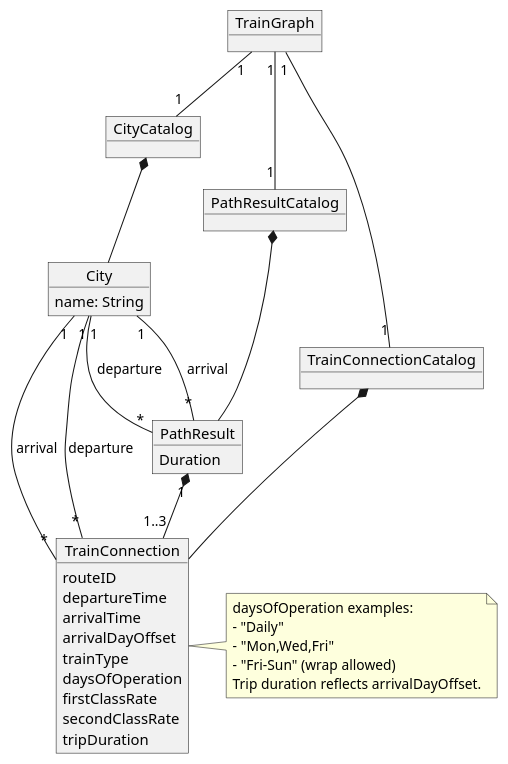
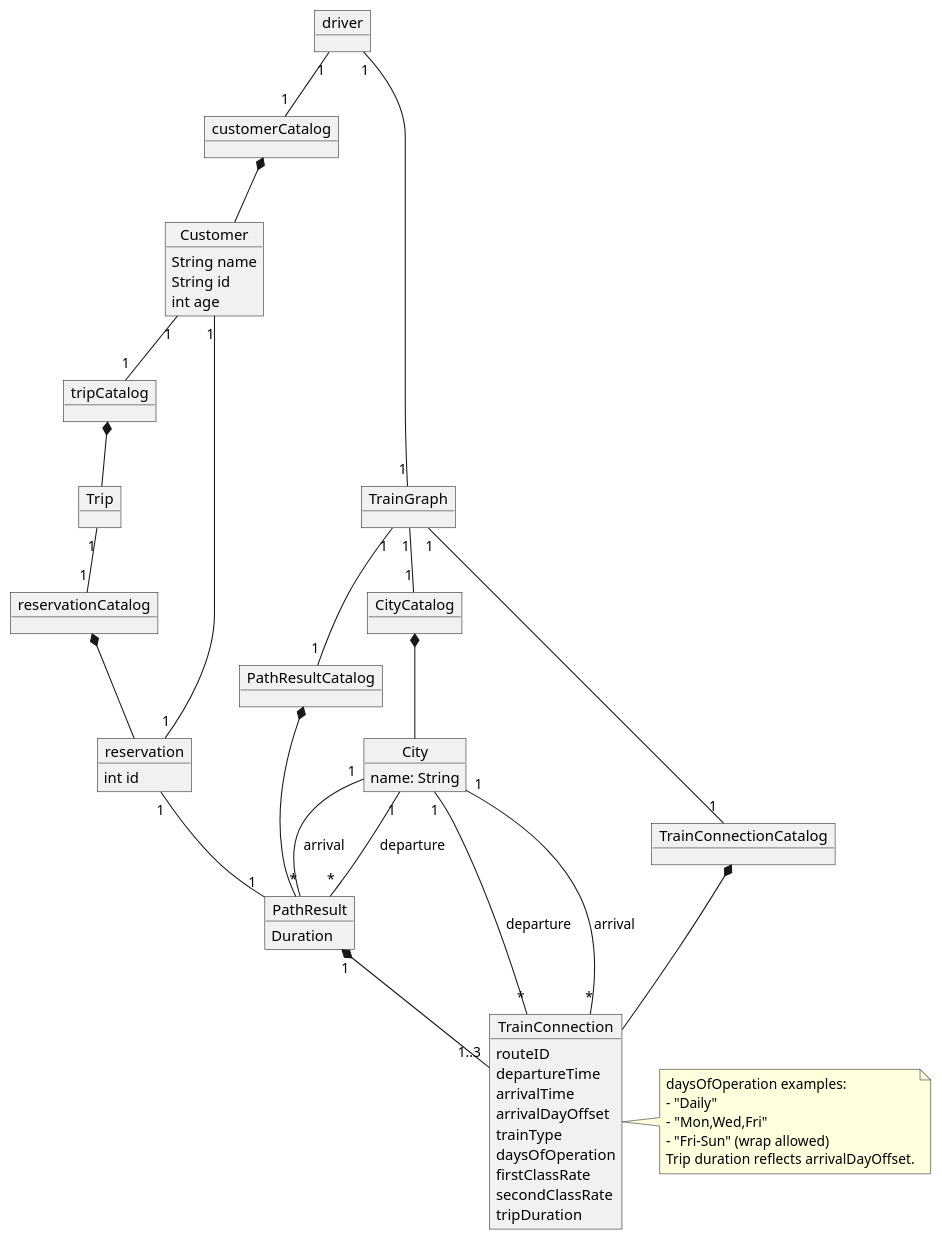
The diagram in Iteration_2/docs/UMLs/domainModel.puml (SamuelVachon/SOEN342), drawn with PlantUML before and after one commit. The commit also changed 3 other files, not shown here.

```diff
--- a/Iteration_2/docs/UMLs/domainModel.puml
+++ b/Iteration_2/docs/UMLs/domainModel.puml
@@ -1,61 +1,101 @@
 @startuml domain model
 skinparam classAttributeIconSize 0
 
 object City {
   name: String
 }
 
 object CityCatalog{
 
 }
 
 object TrainConnectionCatalog{
 
 }
 
 object TrainConnection {
   routeID
   departureTime
   arrivalTime
   arrivalDayOffset
   trainType
   daysOfOperation
   firstClassRate
   secondClassRate
   tripDuration
 }
 
 
 object TrainGraph {
 
 }
 
 object PathResultCatalog{
 
 }
 
 object PathResult {
   Duration
 }
 
+object customerCatalog{
+
+}
+
+object Customer{
+  String name
+  String id
+  int age
+}
+
+object tripCatalog{
+
+}
+
+object Trip{
+
+}
+
+object reservationCatalog{
+
+}
+
+object reservation{
+  int id
+}
+
+object driver{
+
+}
+
+driver "1" -- "1" TrainGraph
+driver "1" -- "1" customerCatalog
+customerCatalog  *-- Customer
+Customer "1" -- "1" tripCatalog
+tripCatalog *-- Trip
+Trip "1" -- "1" reservationCatalog
+reservationCatalog *-- reservation
+reservation "1" -- "1" Customer
+reservation "1" -- "1" PathResult
 
 PathResultCatalog *-- PathResult
 TrainConnectionCatalog *-- TrainConnection
 CityCatalog *-- City
 City "1" -- "*" TrainConnection : departure
 City "1" -- "*" TrainConnection : arrival
 City "1" -- "*" PathResult : departure
 City "1" -- "*" PathResult : arrival
 TrainGraph "1" --  "1" TrainConnectionCatalog
 TrainGraph "1" --  "1" PathResultCatalog
 TrainGraph "1" --  "1" CityCatalog
 PathResult "1" *-- "1..3" TrainConnection
 
+
 note right of TrainConnection
 daysOfOperation examples:
 - "Daily"
 - "Mon,Wed,Fri"
 - "Fri-Sun" (wrap allowed)
 Trip duration reflects arrivalDayOffset.
 end note
 @enduml
```
